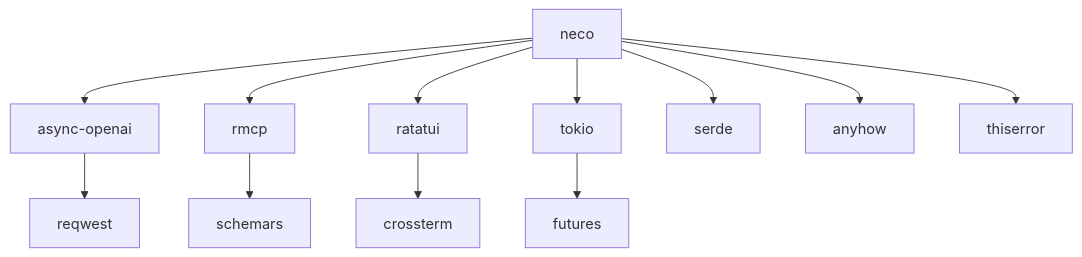
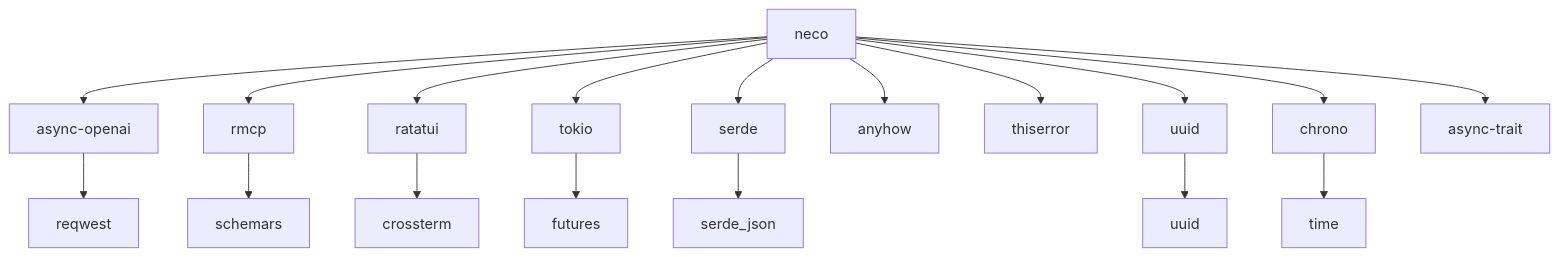
Diagram 23 of 23 in progress/TECH.md (MiyakoMeow/neco), drawn with Mermaid before and after one commit.

Commit message:
add(tech): rust deps

````diff
--- a/progress/TECH.md
+++ b/progress/TECH.md
@@ -2839,15 +2839,21 @@
 ```mermaid
 graph TD
     A[neco] --> B[async-openai]
     A --> C[rmcp]
     A --> D[ratatui]
     A --> E[tokio]
     A --> F[serde]
     A --> G[anyhow]
     A --> H[thiserror]
+    A --> M[uuid]
+    A --> P[chrono]
+    A --> Q[async-trait]
 
     B --> I[reqwest]
     C --> J[schemars]
     D --> K[crossterm]
     E --> L[futures]
+    F --> N[serde_json]
+    M --> O[uuid]
+    P --> R[time]
 ```
````
